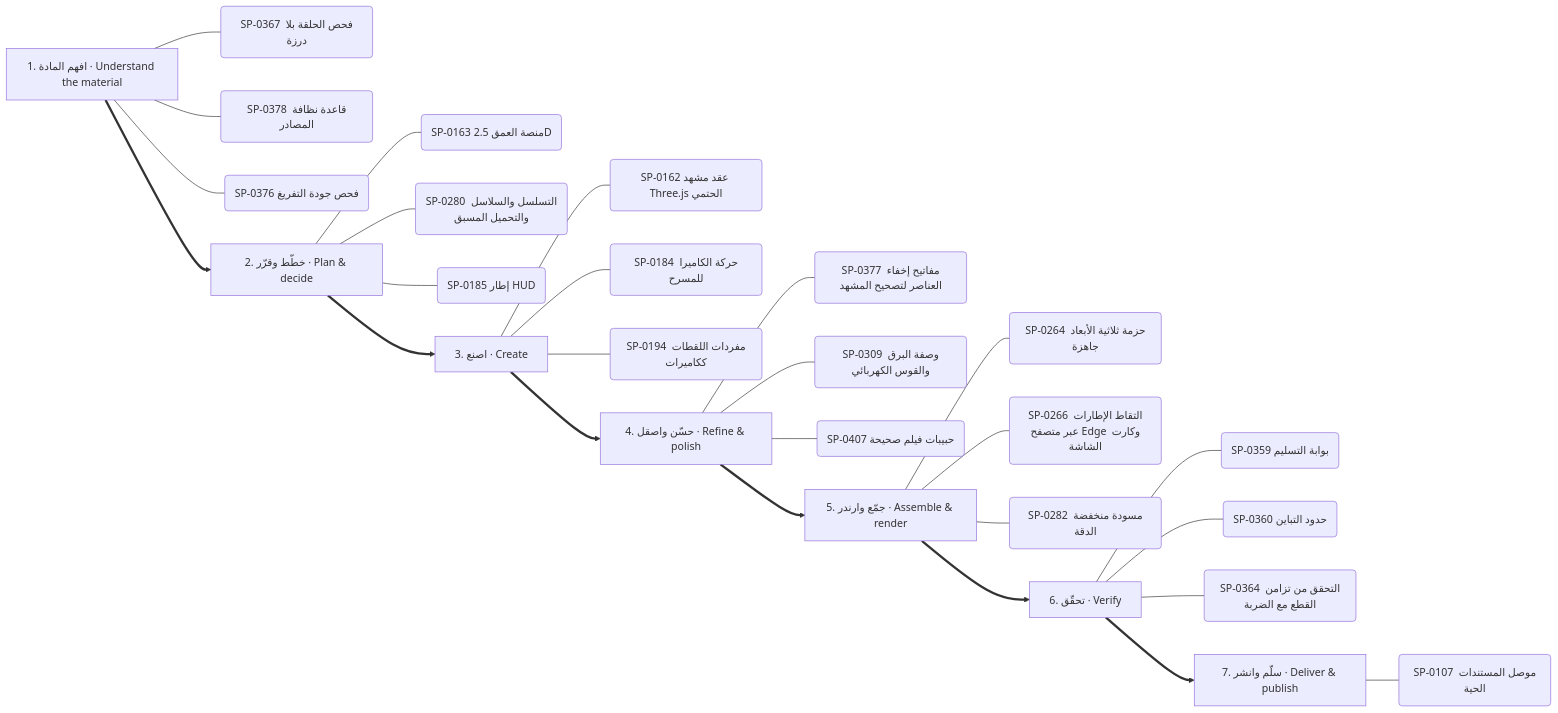
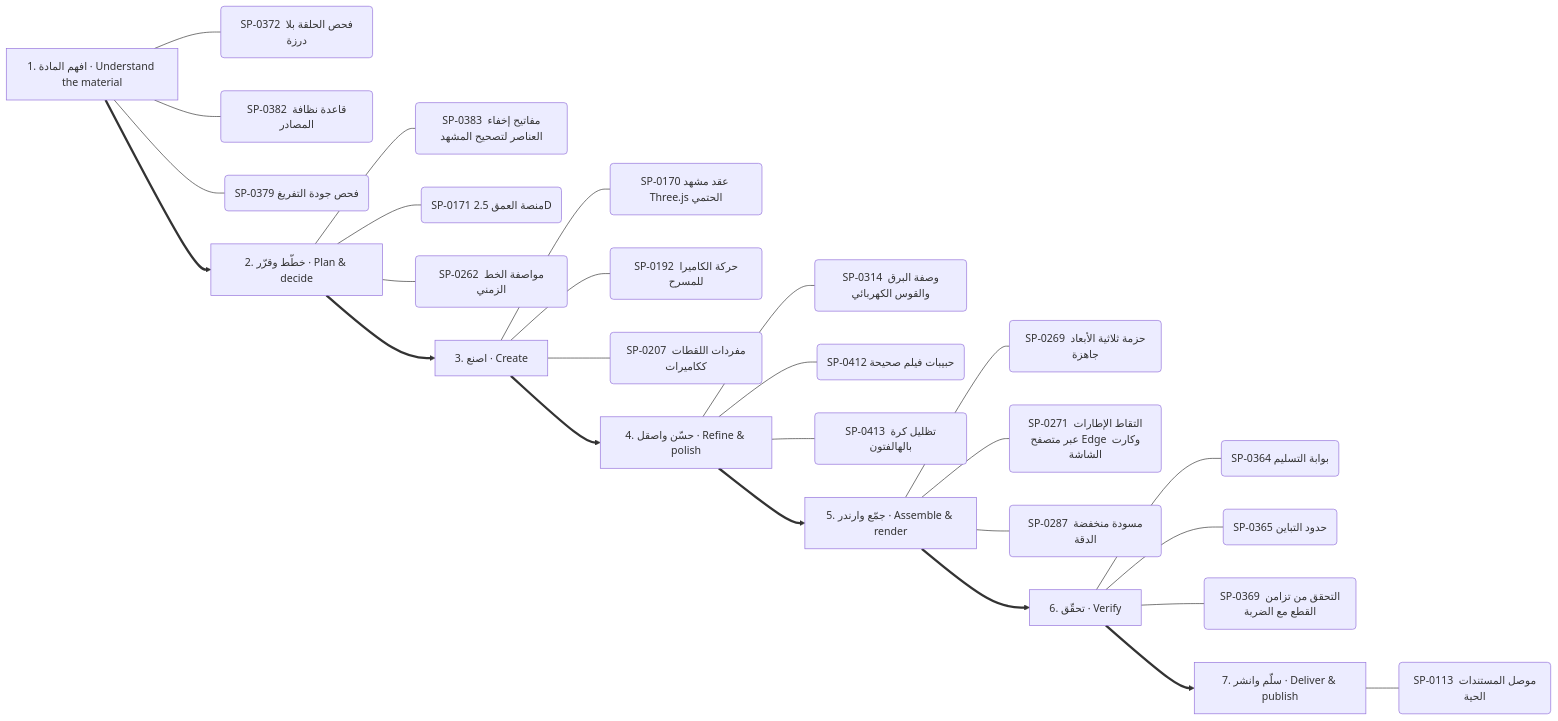
Before and after one commit to kosif199022-jpg/kosif-tool: the eighth of 13 diagrams in .claude/skills/kosif-superpowers/references/capability-mindmap.md, drawn with Mermaid. The commit also changed other lines of this file and 1314 other files, not shown here.

````diff
--- a/.claude/skills/kosif-superpowers/references/capability-mindmap.md
+++ b/.claude/skills/kosif-superpowers/references/capability-mindmap.md
@@ -411,35 +415,35 @@
 ```mermaid
 flowchart LR
   S0["1. افهم المادة · Understand the material"]
-  S0 --- S0_0("SP-0367 فحص الحلقة بلا درزة")
-  S0 --- S0_1("SP-0378 قاعدة نظافة المصادر")
-  S0 --- S0_2("SP-0376 فحص جودة التفريغ")
+  S0 --- S0_0("SP-0372 فحص الحلقة بلا درزة")
+  S0 --- S0_1("SP-0382 قاعدة نظافة المصادر")
+  S0 --- S0_2("SP-0379 فحص جودة التفريغ")
   S1["2. خطّط وقرّر · Plan & decide"]
-  S1 --- S1_0("SP-0163 منصة العمق 2.5D")
-  S1 --- S1_1("SP-0280 التسلسل والسلاسل والتحميل المسبق")
-  S1 --- S1_2("SP-0185 إطار HUD")
+  S1 --- S1_0("SP-0383 مفاتيح إخفاء العناصر لتصحيح المشهد")
+  S1 --- S1_1("SP-0171 منصة العمق 2.5D")
+  S1 --- S1_2("SP-0262 مواصفة الخط الزمني")
   S0 ==> S1
   S2["3. اصنع · Create"]
-  S2 --- S2_0("SP-0162 عقد مشهد Three.js الحتمي")
-  S2 --- S2_1("SP-0184 حركة الكاميرا للمسرح")
-  S2 --- S2_2("SP-0194 مفردات اللقطات ككاميرات")
+  S2 --- S2_0("SP-0170 عقد مشهد Three.js الحتمي")
+  S2 --- S2_1("SP-0192 حركة الكاميرا للمسرح")
+  S2 --- S2_2("SP-0207 مفردات اللقطات ككاميرات")
   S1 ==> S2
   S3["4. حسّن واصقل · Refine & polish"]
-  S3 --- S3_0("SP-0377 مفاتيح إخفاء العناصر لتصحيح المشهد")
-  S3 --- S3_1("SP-0309 وصفة البرق والقوس الكهربائي")
-  S3 --- S3_2("SP-0407 حبيبات فيلم صحيحة")
+  S3 --- S3_0("SP-0314 وصفة البرق والقوس الكهربائي")
+  S3 --- S3_1("SP-0412 حبيبات فيلم صحيحة")
+  S3 --- S3_2("SP-0413 تظليل كرة بالهالفتون")
   S2 ==> S3
   S4["5. جمّع وارندر · Assemble & render"]
-  S4 --- S4_0("SP-0264 حزمة ثلاثية الأبعاد جاهزة")
-  S4 --- S4_1("SP-0266 التقاط الإطارات عبر متصفح Edge وكارت الشاشة")
-  S4 --- S4_2("SP-0282 مسودة منخفضة الدقة")
+  S4 --- S4_0("SP-0269 حزمة ثلاثية الأبعاد جاهزة")
+  S4 --- S4_1("SP-0271 التقاط الإطارات عبر متصفح Edge وكارت الشاشة")
+  S4 --- S4_2("SP-0287 مسودة منخفضة الدقة")
   S3 ==> S4
   S5["6. تحقّق · Verify"]
-  S5 --- S5_0("SP-0359 بوابة التسليم")
-  S5 --- S5_1("SP-0360 حدود التباين")
-  S5 --- S5_2("SP-0364 التحقق من تزامن القطع مع الضربة")
+  S5 --- S5_0("SP-0364 بوابة التسليم")
+  S5 --- S5_1("SP-0365 حدود التباين")
+  S5 --- S5_2("SP-0369 التحقق من تزامن القطع مع الضربة")
   S4 ==> S5
   S6["7. سلّم وانشر · Deliver & publish"]
-  S6 --- S6_0("SP-0107 موصل المستندات الحية")
+  S6 --- S6_0("SP-0113 موصل المستندات الحية")
   S5 ==> S6
 ```
````
